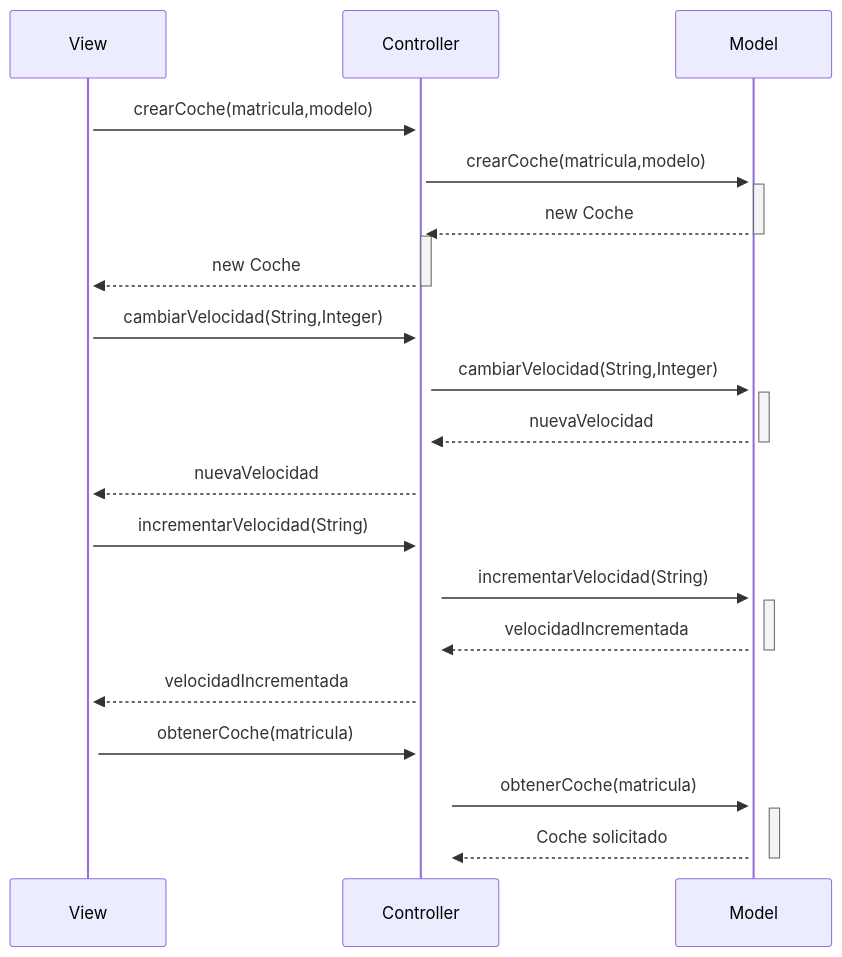
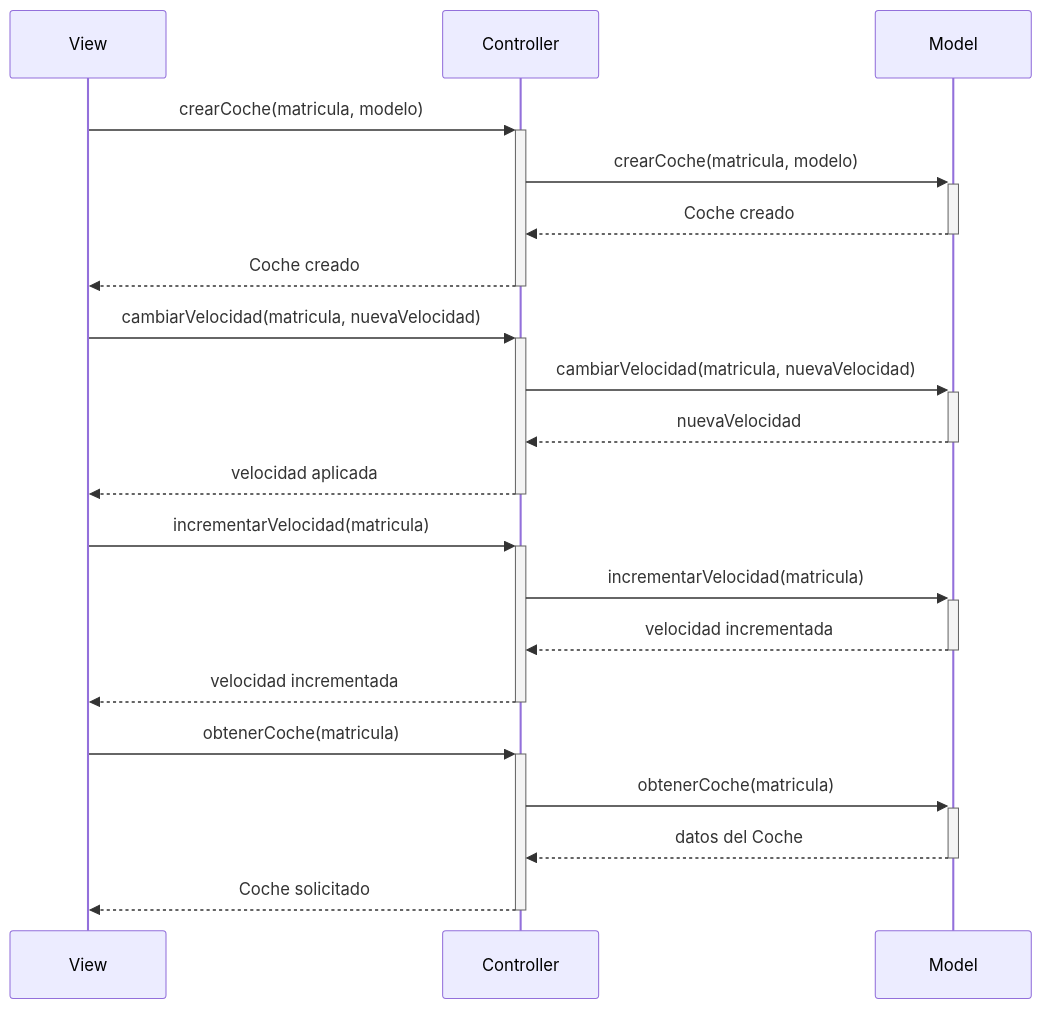
The fourth of 4 diagrams in Readme.md (Mestosc/MVC_GrupoJOP), drawn with Mermaid before and after one commit. The commit also changed other lines of this file, not shown here.

Commit message:
Mejorando diagrama

````diff
--- a/Readme.md
+++ b/Readme.md
@@ -73,32 +73,31 @@
 ```mermaid
 sequenceDiagram
-   participant View
-   participant Controller
-   participant Model
-   activate View
-   View->>+Controller:crearCoche(matricula,modelo)
-   Controller->>+Model:crearCoche(matricula,modelo)
-   activate Model
-   Model-->>Controller: new Coche
-   deactivate Model
-   activate Controller
-   Controller-->>View: new Coche
-   deactivate Controller
-   View->>+Controller: cambiarVelocidad(String,Integer)
-   Controller->>+Model: cambiarVelocidad(String,Integer)
-   activate Model
-   Model-->>+Controller: nuevaVelocidad
-   deactivate Model
-   Controller-->>View: nuevaVelocidad
-   View->>+Controller: incrementarVelocidad(String)
-   Controller->>+Model: incrementarVelocidad(String)
-   activate Model
-   Model-->>+Controller: velocidadIncrementada
-   deactivate Model
-   Controller-->>+View: velocidadIncrementada
-   View->>+Controller: obtenerCoche(matricula)
-   Controller->>+Model: obtenerCoche(matricula)
-   activate Model
-   Model-->>+Controller: Coche solicitado
-   deactivate Model
+    participant View
+    participant Controller
+    participant Model
+
+%% --- Crear Coche ---
+    View->>+Controller: crearCoche(matricula, modelo)
+    Controller->>+Model: crearCoche(matricula, modelo)
+    Model-->>-Controller: Coche creado
+    Controller-->>-View: Coche creado
+
+%% --- Cambiar Velocidad ---
+    View->>+Controller: cambiarVelocidad(matricula, nuevaVelocidad)
+    Controller->>+Model: cambiarVelocidad(matricula, nuevaVelocidad)
+    Model-->>-Controller: nuevaVelocidad
+    Controller-->>-View: velocidad aplicada
+
+%% --- Incrementar Velocidad ---
+    View->>+Controller: incrementarVelocidad(matricula)
+    Controller->>+Model: incrementarVelocidad(matricula)
+    Model-->>-Controller: velocidad incrementada
+    Controller-->>-View: velocidad incrementada
+
+%% --- Obtener Coche ---
+    View->>+Controller: obtenerCoche(matricula)
+    Controller->>+Model: obtenerCoche(matricula)
+    Model-->>-Controller: datos del Coche
+    Controller-->>-View: Coche solicitado
+
 ```
````
